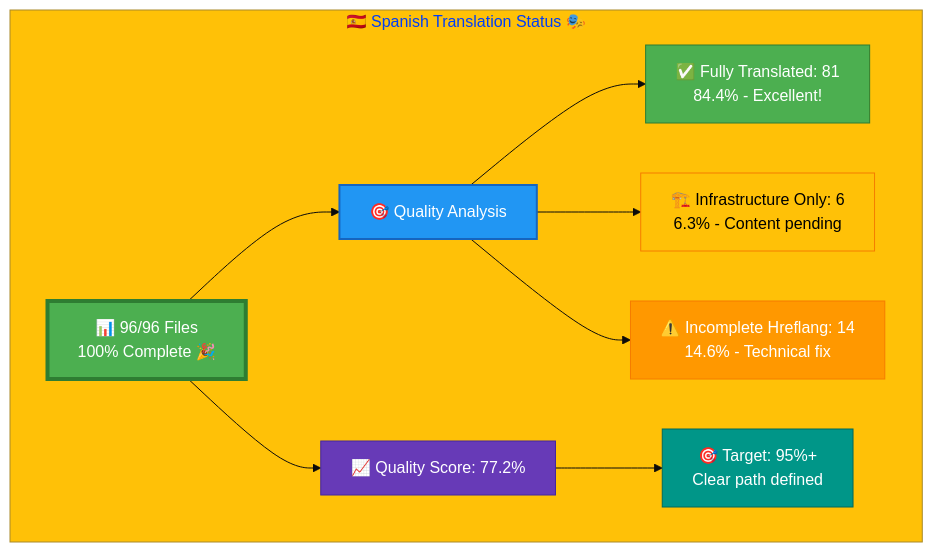
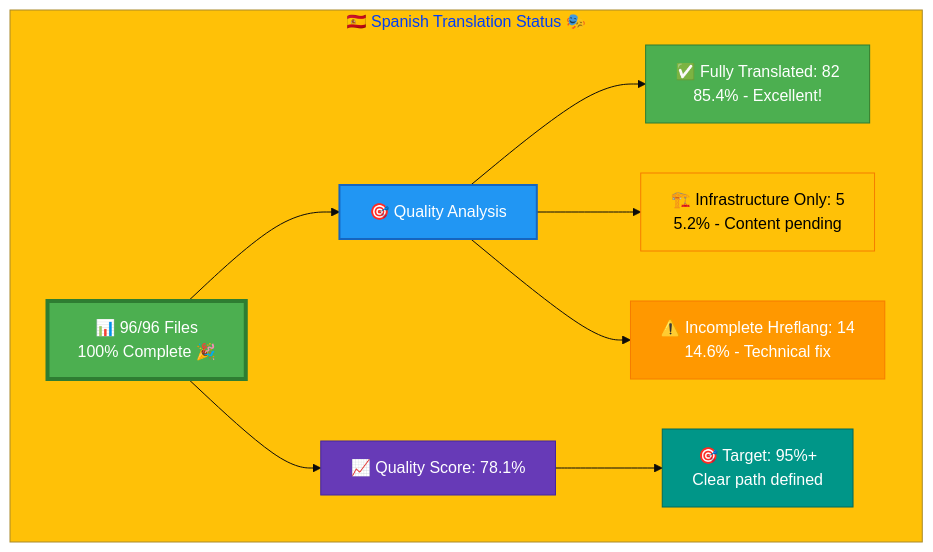
Before and after one commit to Hack23/homepage: the diagram in Spanish-Translation-Status.md, drawn with Mermaid. The commit also changed other lines of this file and 3 other files, not shown here.

````diff
--- a/Spanish-Translation-Status.md
+++ b/Spanish-Translation-Status.md
@@ -13,23 +13,23 @@
 ```mermaid
 %%{init: {'theme':'base', 'themeVariables': {'primaryColor':'#4CAF50','secondaryColor':'#2196F3','tertiaryColor':'#FFC107','fontSize':'16px'}}}%%
 graph TB
     subgraph "🇪🇸 Spanish Translation Status 🎭"
         A["📊 96/96 Files<br/>100% Complete 🎉"]
         
         A --> B["🎯 Quality Analysis"]
-        B --> C["✅ Fully Translated: 81<br/>84.4% - Excellent!"]
-        B --> D["🏗️ Infrastructure Only: 6<br/>6.3% - Content pending"]
+        B --> C["✅ Fully Translated: 82<br/>85.4% - Excellent!"]
+        B --> D["🏗️ Infrastructure Only: 5<br/>5.2% - Content pending"]
         B --> E["⚠️ Incomplete Hreflang: 14<br/>14.6% - Technical fix"]
         
-        A --> G["📈 Quality Score: 77.2%"]
+        A --> G["📈 Quality Score: 78.1%"]
         G --> H["🎯 Target: 95%+<br/>Clear path defined"]
         
         style A fill:#4CAF50,stroke:#2E7D32,color:#fff,stroke-width:4px
         style B fill:#2196F3,stroke:#1565C0,color:#fff,stroke-width:2px
         style C fill:#4CAF50,stroke:#2E7D32,color:#fff
         style D fill:#FFC107,stroke:#F57C00,color:#000
         style E fill:#FF9800,stroke:#F57C00,color:#fff
         style G fill:#673AB7,stroke:#4527A0,color:#fff
         style H fill:#009688,stroke:#00695C,color:#fff
     end
 ```
````
